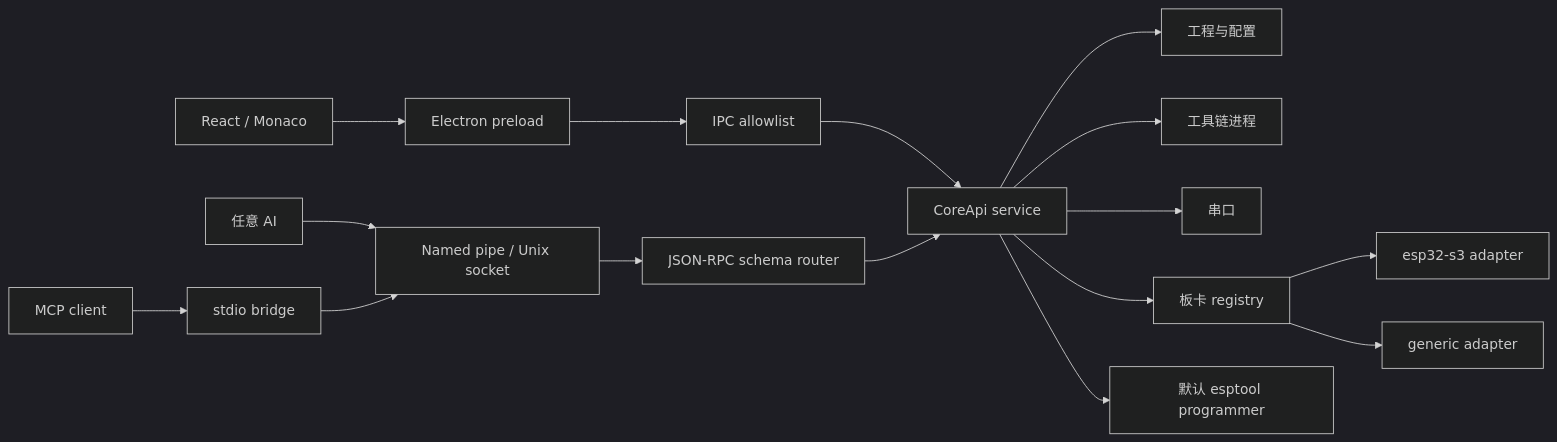
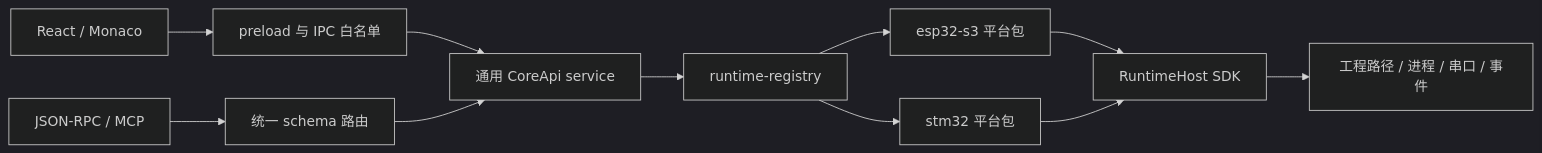
Before and after one commit to mioolio/blode: the diagram in docs/ARCHITECTURE.md, drawn with Mermaid (dark theme). The commit also changed other lines of this file and 115 other files, not shown here.

````diff
--- a/docs/ARCHITECTURE.md
+++ b/docs/ARCHITECTURE.md
@@ -28,18 +26,13 @@
 ```mermaid
 flowchart LR
-    UI[React / Monaco] --> Preload[Electron preload]
-    Preload --> IPC[IPC allowlist]
-    AI[任意 AI] --> Pipe[Named pipe / Unix socket]
-    MCP[MCP client] --> Bridge[stdio bridge]
-    Bridge --> Pipe
-    IPC --> Core[CoreApi service]
-    Pipe --> Router[JSON-RPC schema router]
-    Router --> Core
-    Core --> Workspace[工程与配置]
-    Core --> Toolchain[工具链进程]
-    Core --> Serial[串口]
-    Core --> Registry[板卡 registry]
-    Registry --> S3[esp32-s3 adapter]
-    Registry --> Generic[generic adapter]
-    Core --> Programmer[默认 esptool programmer]
+    UI[React / Monaco] --> IPC[preload 与 IPC 白名单]
+    AI[JSON-RPC / MCP] --> Routes[统一 schema 路由]
+    IPC --> Core[通用 CoreApi service]
+    Routes --> Core
+    Core --> Registry[runtime-registry]
+    Registry --> S3[esp32-s3 平台包]
+    Registry --> STM32[stm32 平台包]
+    S3 --> Host[RuntimeHost SDK]
+    STM32 --> Host
+    Host --> OS[工程路径 / 进程 / 串口 / 事件]
 ```
````
